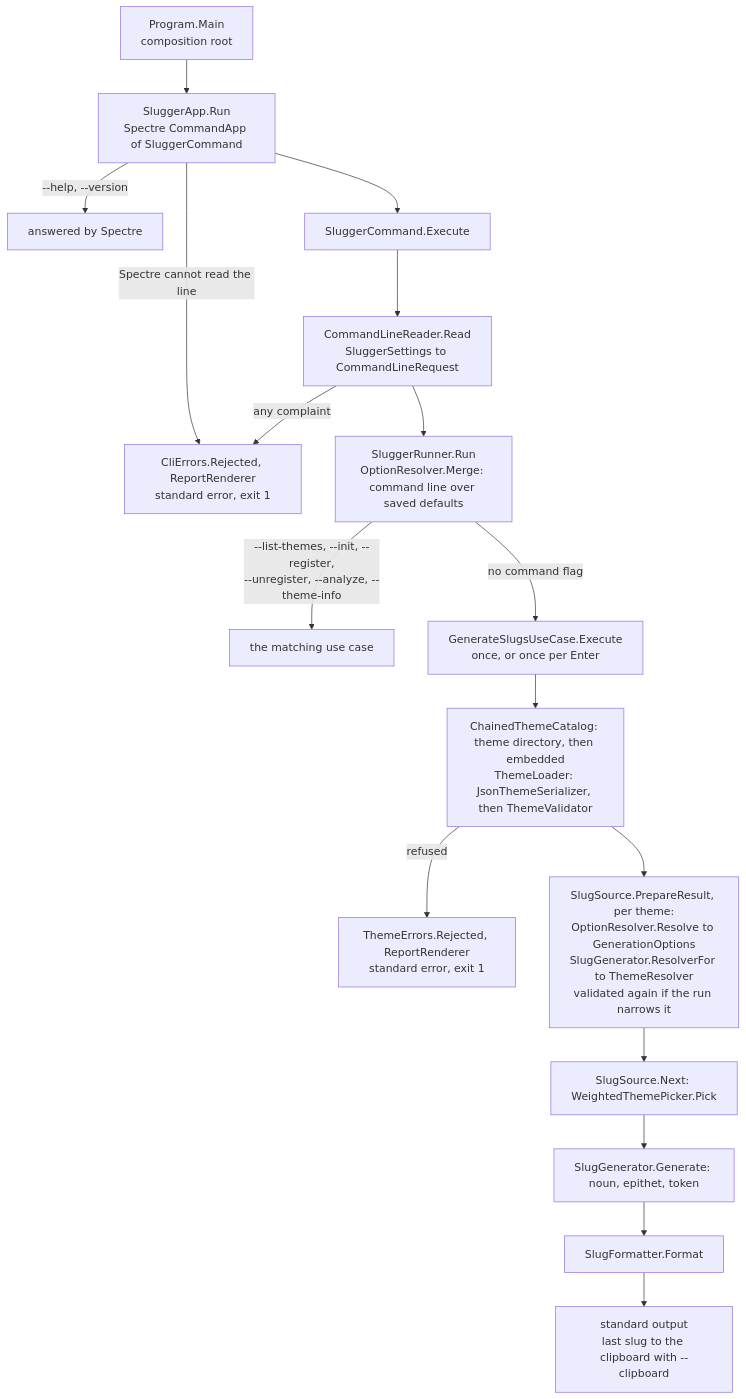
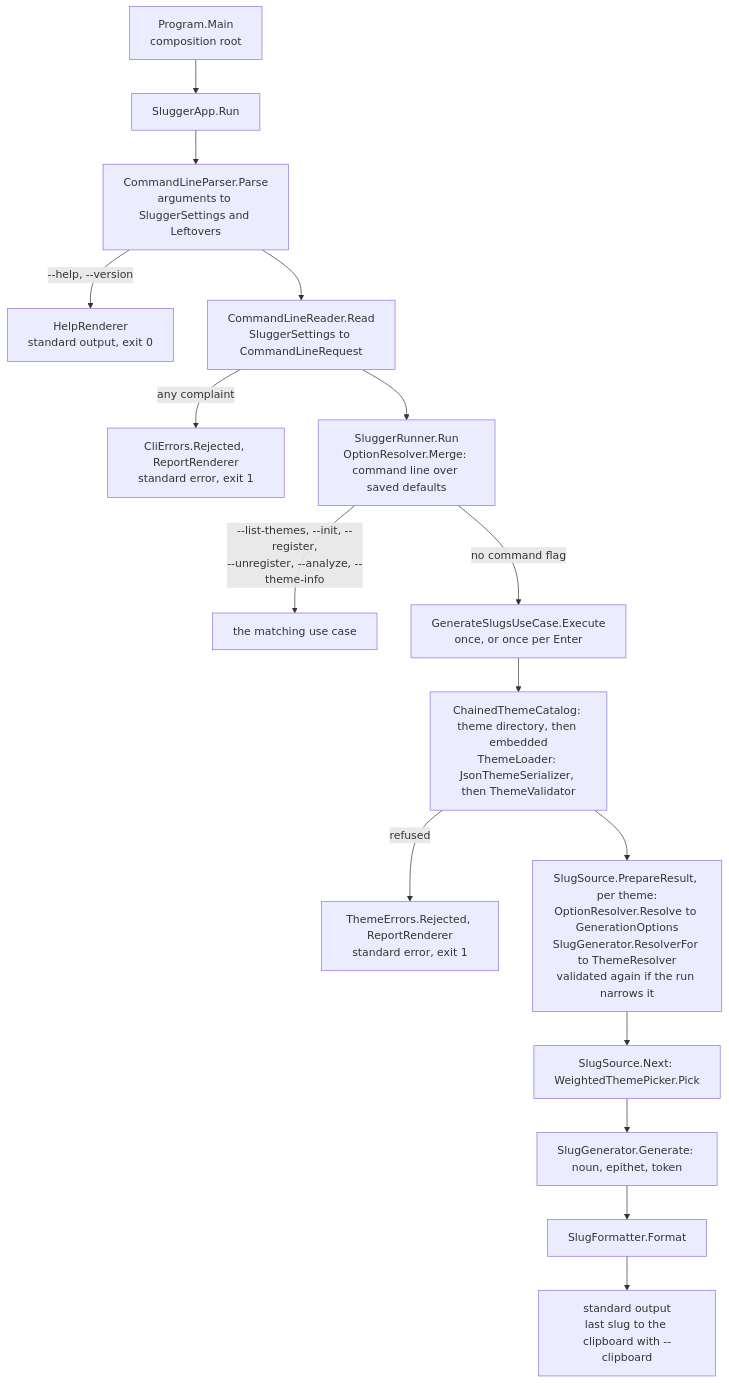
Before and after one commit to Reefact/slugger: the diagram in docs/architecture.md, drawn with Mermaid. The commit also changed other lines of this file and 47 other files, not shown here.

````diff
--- a/docs/architecture.md
+++ b/docs/architecture.md
@@ -97,19 +99,18 @@
 ```mermaid
 flowchart TD
-    main["Program.Main<br/>composition root"] --> app["SluggerApp.Run<br/>Spectre CommandApp of SluggerCommand"]
-    app -->|"--help, --version"| spectre["answered by Spectre"]
-    app -->|"Spectre cannot read the line"| refused
-    app --> command["SluggerCommand.Execute"]
-    command --> reader["CommandLineReader.Read<br/>SluggerSettings to CommandLineRequest"]
+    main["Program.Main<br/>composition root"] --> app["SluggerApp.Run"]
+    app --> parser["CommandLineParser.Parse<br/>arguments to SluggerSettings and Leftovers"]
+    parser -->|"--help, --version"| answered["HelpRenderer<br/>standard output, exit 0"]
+    parser --> reader["CommandLineReader.Read<br/>SluggerSettings to CommandLineRequest"]
     reader -->|"any complaint"| refused["CliErrors.Rejected, ReportRenderer<br/>standard error, exit 1"]
     reader --> runner["SluggerRunner.Run<br/>OptionResolver.Merge: command line over saved defaults"]
     runner -->|"--list-themes, --init, --register,<br/>--unregister, --analyze, --theme-info"| other["the matching use case"]
     runner -->|"no command flag"| generate["GenerateSlugsUseCase.Execute<br/>once, or once per Enter"]
     generate --> load["ChainedThemeCatalog: theme directory, then embedded<br/>ThemeLoader: JsonThemeSerializer, then ThemeValidator"]
     load -->|"refused"| themeRefused["ThemeErrors.Rejected, ReportRenderer<br/>standard error, exit 1"]
     load --> prepare["SlugSource.PrepareResult, per theme:<br/>OptionResolver.Resolve to GenerationOptions<br/>SlugGenerator.ResolverFor to ThemeResolver<br/>validated again if the run narrows it"]
     prepare --> pick["SlugSource.Next: WeightedThemePicker.Pick"]
     pick --> draw["SlugGenerator.Generate: noun, epithet, token"]
     draw --> format["SlugFormatter.Format"]
     format --> out["standard output<br/>last slug to the clipboard with --clipboard"]
 ```
````
